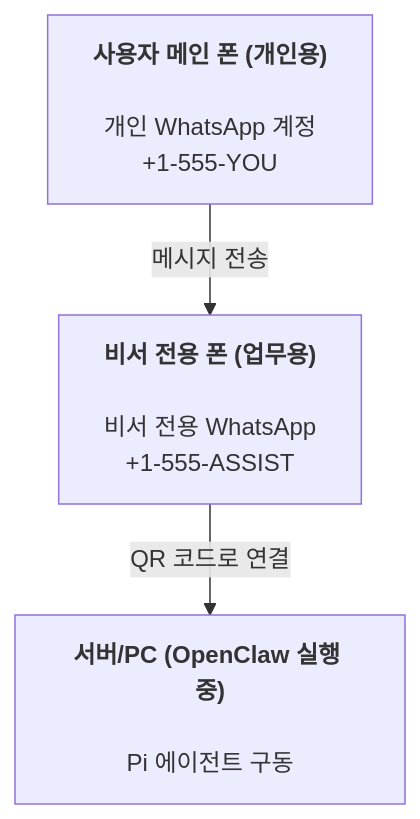
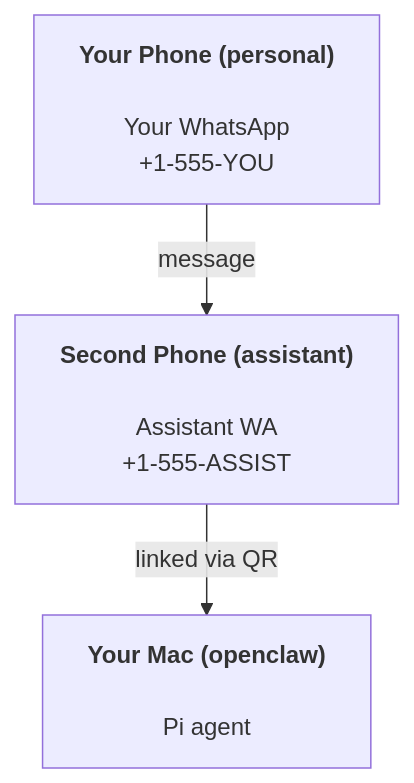
Before and after one commit to cabbagehao/openclawDoc: the diagram in docs/ko-KR/start/openclaw.md, drawn with Mermaid. The commit also changed other lines of this file and 265 other files, not shown here.

````diff
--- a/docs/ko-KR/start/openclaw.md
+++ b/docs/ko-KR/start/openclaw.md
@@ -38,5 +39,5 @@
 ```mermaid
 flowchart TB
-    A["<b>사용자 메인 폰 (개인용)<br></b><br>개인 WhatsApp 계정<br>+1-555-YOU"] -- 메시지 전송 --> B["<b>비서 전용 폰 (업무용)<br></b><br>비서 전용 WhatsApp<br>+1-555-ASSIST"]
-    B -- QR 코드로 연결 --> C["<b>서버/PC (OpenClaw 실행 중)<br></b><br>Pi 에이전트 구동"]
+    A["<b>Your Phone (personal)<br></b><br>Your WhatsApp<br>+1-555-YOU"] -- message --> B["<b>Second Phone (assistant)<br></b><br>Assistant WA<br>+1-555-ASSIST"]
+    B -- linked via QR --> C["<b>Your Mac (openclaw)<br></b><br>Pi agent"]
 ```
````
